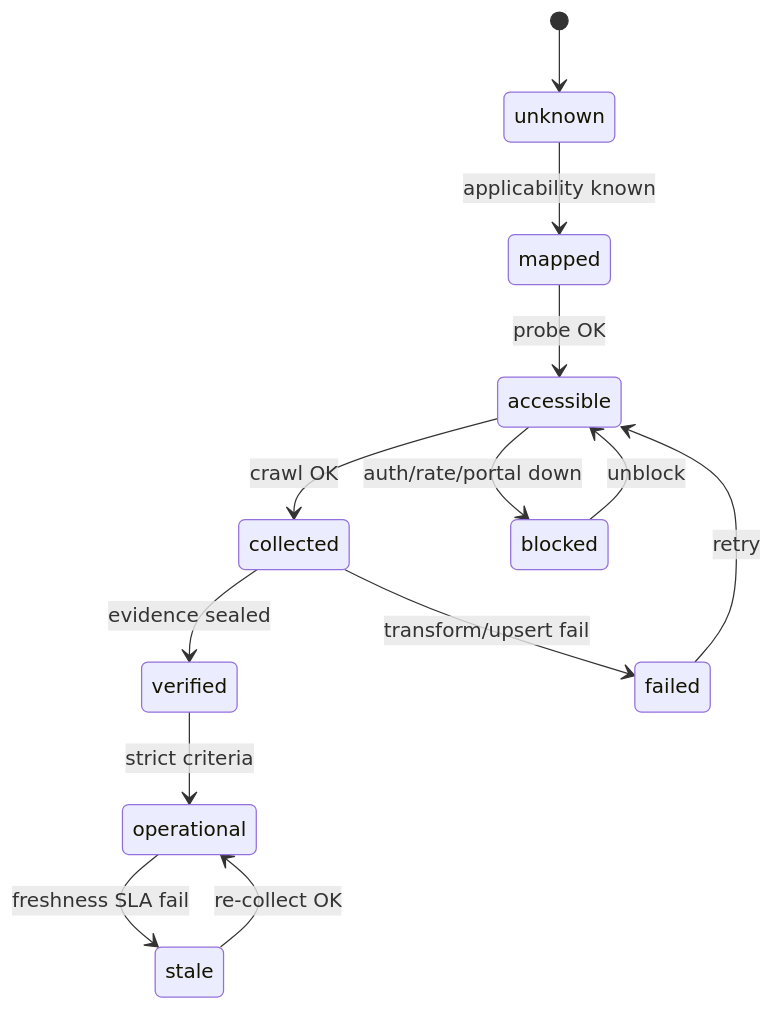
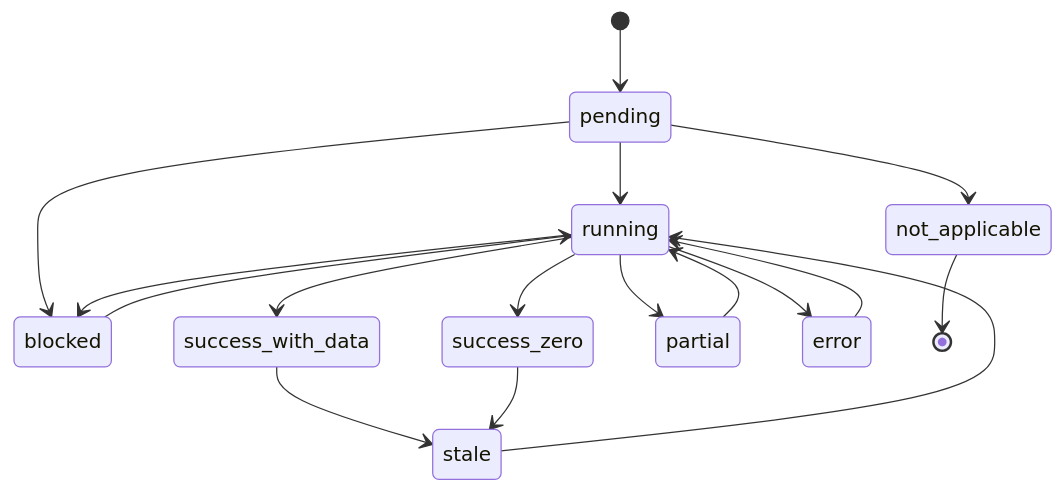
Before and after one commit to tjsasakifln/extra-cli: the second of 3 diagrams in _reversa_sdd/flowcharts/coverage.md, drawn with Mermaid. The commit also changed other lines of this file and 41 other files, not shown here.

````diff
--- a/_reversa_sdd/flowcharts/coverage.md
+++ b/_reversa_sdd/flowcharts/coverage.md
@@ -29,15 +25,19 @@
 ```mermaid
 stateDiagram-v2
-    [*] --> unknown
-    unknown --> mapped: applicability known
-    mapped --> accessible: probe OK
-    accessible --> collected: crawl OK
-    collected --> verified: evidence sealed
-    verified --> operational: strict criteria
-    operational --> stale: freshness SLA fail
-    stale --> operational: re-collect OK
-    accessible --> blocked: auth/rate/portal down
-    blocked --> accessible: unblock
-    collected --> failed: transform/upsert fail
-    failed --> accessible: retry
+  [*] --> pending
+  pending --> running
+  pending --> blocked
+  pending --> not_applicable
+  running --> success_with_data
+  running --> success_zero
+  running --> partial
+  running --> error
+  running --> blocked
+  success_with_data --> stale
+  success_zero --> stale
+  stale --> running
+  partial --> running
+  error --> running
+  blocked --> running
+  not_applicable --> [*]
 ```
````
